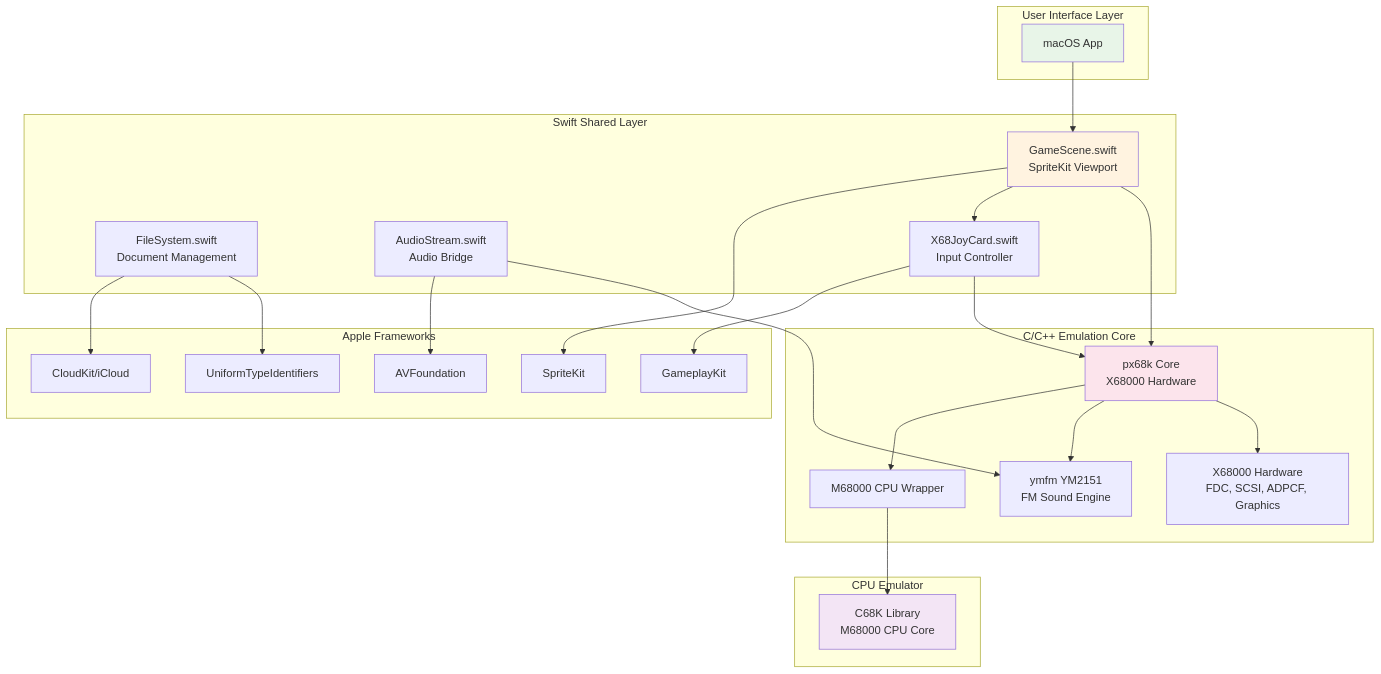
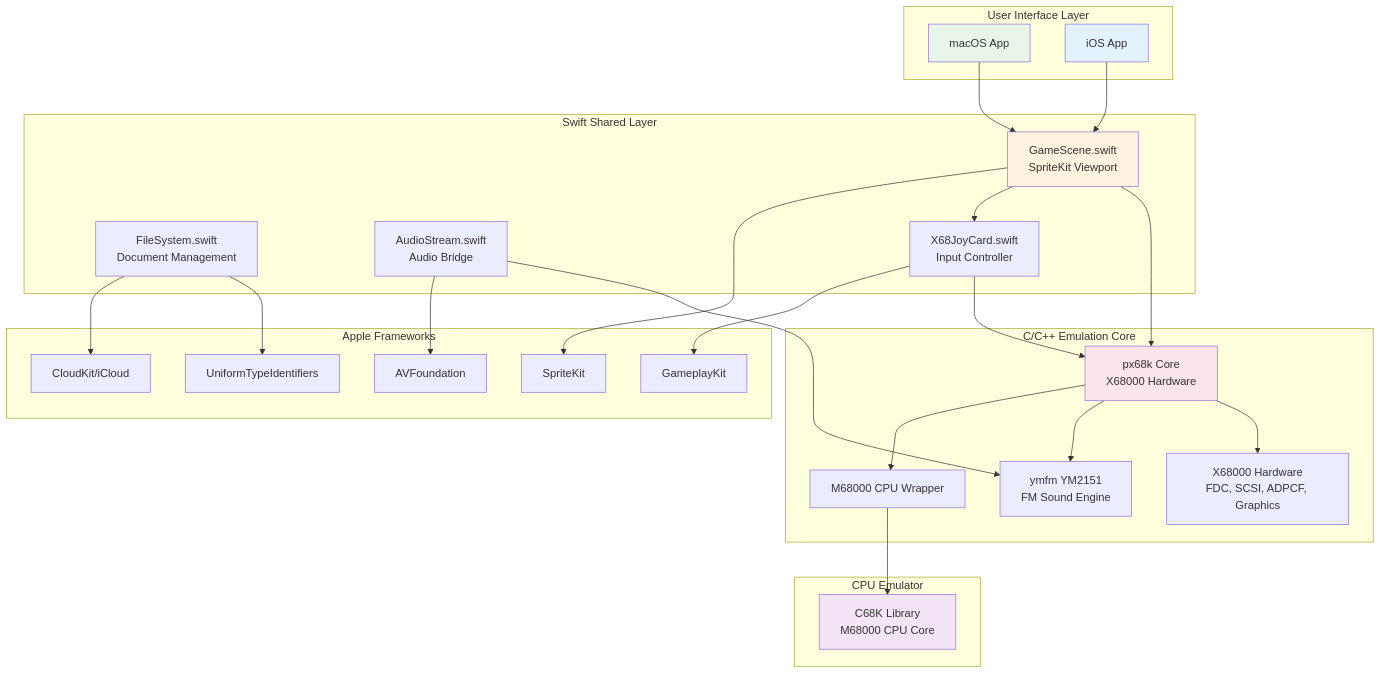
Before and after one commit to masanaohayashi/MPX68K: the first of 9 diagrams in ARCHITECTURE.md, drawn with Mermaid. The commit also changed other lines of this file and 36 other files, not shown here.

````diff
--- a/ARCHITECTURE.md
+++ b/ARCHITECTURE.md
@@ -7,58 +7,61 @@
 ```mermaid
 graph TB
     subgraph "User Interface Layer"
         macOS[macOS App]
+        iOS[iOS App]
     end
     
     subgraph "Swift Shared Layer"
         GameScene[GameScene.swift<br/>SpriteKit Viewport]
         FileSystem[FileSystem.swift<br/>Document Management]
         AudioStream[AudioStream.swift<br/>Audio Bridge]
         JoyCard[X68JoyCard.swift<br/>Input Controller]
     end
     
     subgraph "C/C++ Emulation Core"
         PX68K[px68k Core<br/>X68000 Hardware]
         M68K[M68000 CPU Wrapper]
         YMFM[ymfm YM2151<br/>FM Sound Engine]
         X68KHW[X68000 Hardware<br/>FDC, SCSI, ADPCF, Graphics]
     end
     
     subgraph "CPU Emulator"
         C68K[C68K Library<br/>M68000 CPU Core]
     end
     
     subgraph "Apple Frameworks"
         SpriteKit[SpriteKit]
         AVFoundation[AVFoundation]
         GameplayKit[GameplayKit]
         CloudKit[CloudKit/iCloud]
         UTI[UniformTypeIdentifiers]
     end
     
     macOS --> GameScene
+    iOS --> GameScene
     
     GameScene --> SpriteKit
     GameScene --> JoyCard
     GameScene --> PX68K
     
     FileSystem --> CloudKit
     FileSystem --> UTI
     
     AudioStream --> AVFoundation
     AudioStream --> YMFM
     
     JoyCard --> GameplayKit
     JoyCard --> PX68K
     
     PX68K --> M68K
     PX68K --> YMFM
     PX68K --> X68KHW
     
     M68K --> C68K
     
     style macOS fill:#e8f5e8
+    style iOS fill:#e3f2fd
     style GameScene fill:#fff3e0
     style PX68K fill:#fce4ec
     style C68K fill:#f3e5f5
 ```
````
